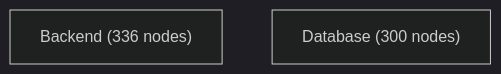
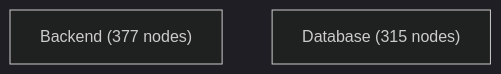
One commit to jankneumann/agentic-coding-tools changed the diagram in docs/architecture-analysis/views/containers.mmd. Above: the diagram before and after it, drawn with Mermaid (dark theme). The commit also changed 14 other files, not shown here.

First line of the commit message:
chore: refresh architecture artifacts after two-level-parallel merge

```diff
--- a/docs/architecture-analysis/views/containers.mmd
+++ b/docs/architecture-analysis/views/containers.mmd
@@ -1,3 +1,3 @@
 flowchart TB
-    Backend["Backend (336 nodes)"]
-    Database["Database (300 nodes)"]
+    Backend["Backend (377 nodes)"]
+    Database["Database (315 nodes)"]
```
